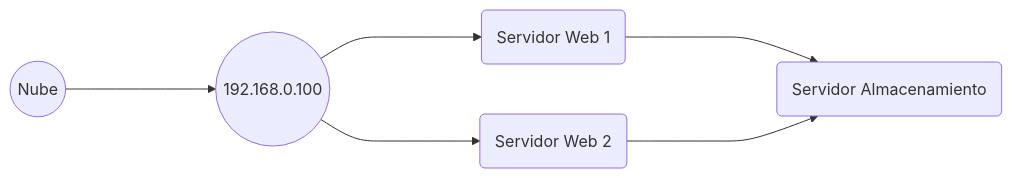
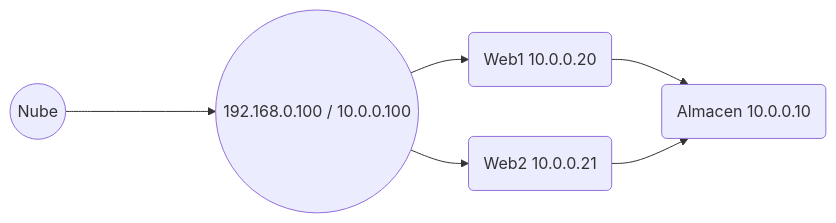
The second of 3 diagrams in TP_INFRA.md (eavurela/infra_cloud), drawn with Mermaid before and after one commit. The commit also changed other lines of this file, not shown here.

Commit message:
TP_INFRA.md updated from https://stackedit.io/

````diff
--- a/TP_INFRA.md
+++ b/TP_INFRA.md
@@ -477,12 +477,12 @@
 ```mermaid
 graph LR
-A((Nube)) ----> B((192.168.0.100))
-B ----> C(Servidor Web 1)
-B ----> D(Servidor Web 2)
-C ----> E(Servidor Almacenamiento)
-D ----> E(Servidor Almacenamiento)
+A((Nube)) ----> B((192.168.0.100 / 10.0.0.100))
+B --> C(Web1 10.0.0.20)
+B --> D(Web2 10.0.0.21)
+C --> E(Almacen 10.0.0.10)
+D --> E(Almacen 10.0.0.10)
 
 
 
 
 ```
````
